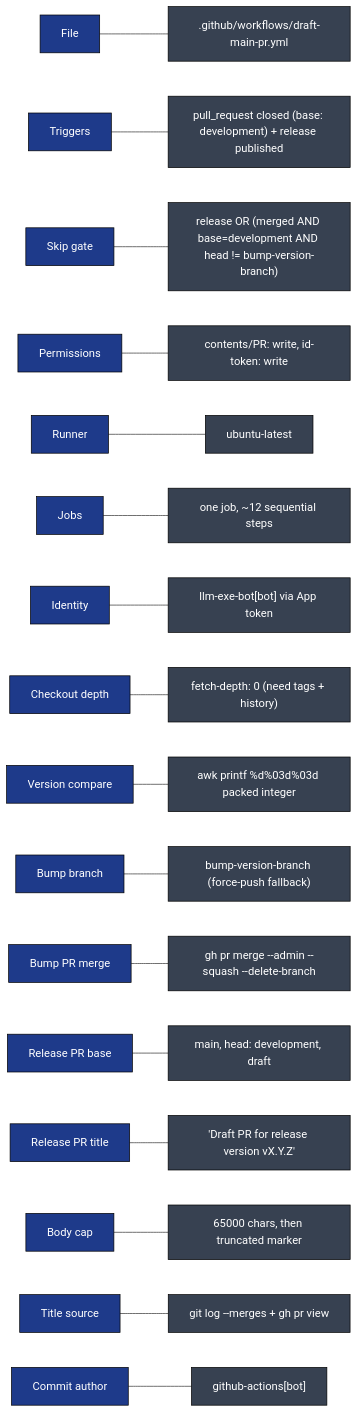
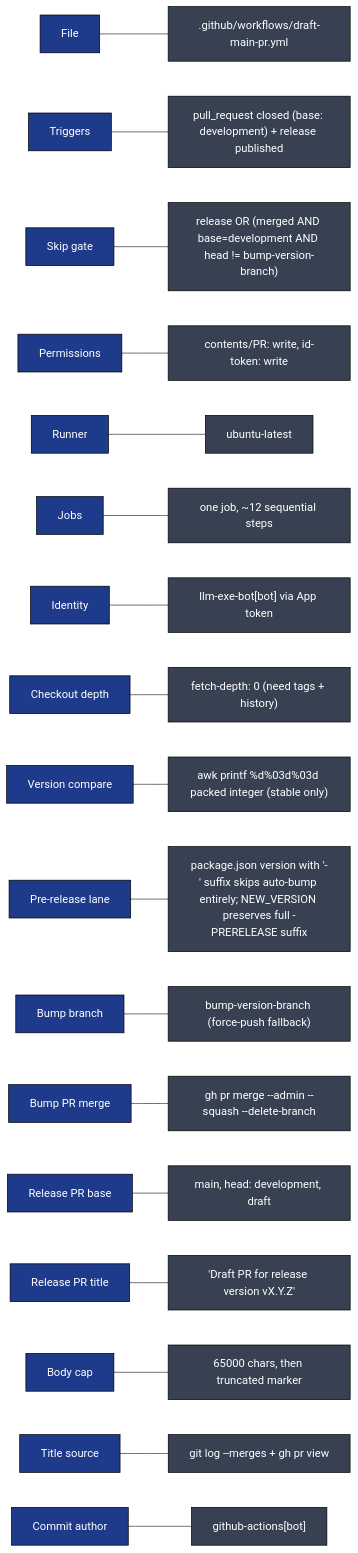
Diagram 13 of 13 in .github/docs/DRAFT_MAIN_PR_DEEP_DIVE.md (gregreindel/llm-exe), drawn with Mermaid before and after one commit. The commit also changed other lines of this file and 5 other files, not shown here.

First line of the commit message:
docs: sync release-pipeline deep dives for pre-release support

````diff
--- a/.github/docs/DRAFT_MAIN_PR_DEEP_DIVE.md
+++ b/.github/docs/DRAFT_MAIN_PR_DEEP_DIVE.md
@@ -633,22 +646,23 @@
 ```mermaid
 flowchart LR
     classDef k fill:#1e3a8a,color:#fff,stroke:#000
     classDef v fill:#374151,color:#fff,stroke:#000
 
     K1["File"]:::k --- V1[".github/workflows/draft-main-pr.yml"]:::v
     K2["Triggers"]:::k --- V2["pull_request closed (base: development) + release published"]:::v
     K3["Skip gate"]:::k --- V3["release OR (merged AND base=development AND head != bump-version-branch)"]:::v
     K4["Permissions"]:::k --- V4["contents/PR: write, id-token: write"]:::v
     K5["Runner"]:::k --- V5["ubuntu-latest"]:::v
     K6["Jobs"]:::k --- V6["one job, ~12 sequential steps"]:::v
     K7["Identity"]:::k --- V7["llm-exe-bot[bot] via App token"]:::v
     K8["Checkout depth"]:::k --- V8["fetch-depth: 0 (need tags + history)"]:::v
-    K9["Version compare"]:::k --- V9["awk printf %d%03d%03d packed integer"]:::v
+    K9["Version compare"]:::k --- V9["awk printf %d%03d%03d packed integer (stable only)"]:::v
+    K9b["Pre-release lane"]:::k --- V9b["package.json version with '-' suffix skips auto-bump entirely; NEW_VERSION preserves full -PRERELEASE suffix"]:::v
     K10["Bump branch"]:::k --- V10["bump-version-branch (force-push fallback)"]:::v
     K11["Bump PR merge"]:::k --- V11["gh pr merge --admin --squash --delete-branch"]:::v
     K12["Release PR base"]:::k --- V12["main, head: development, draft"]:::v
     K13["Release PR title"]:::k --- V13["'Draft PR for release version vX.Y.Z'"]:::v
     K14["Body cap"]:::k --- V14["65000 chars, then truncated marker"]:::v
     K15["Title source"]:::k --- V15["git log --merges + gh pr view"]:::v
     K16["Commit author"]:::k --- V16["github-actions[bot]"]:::v
 ```
````
